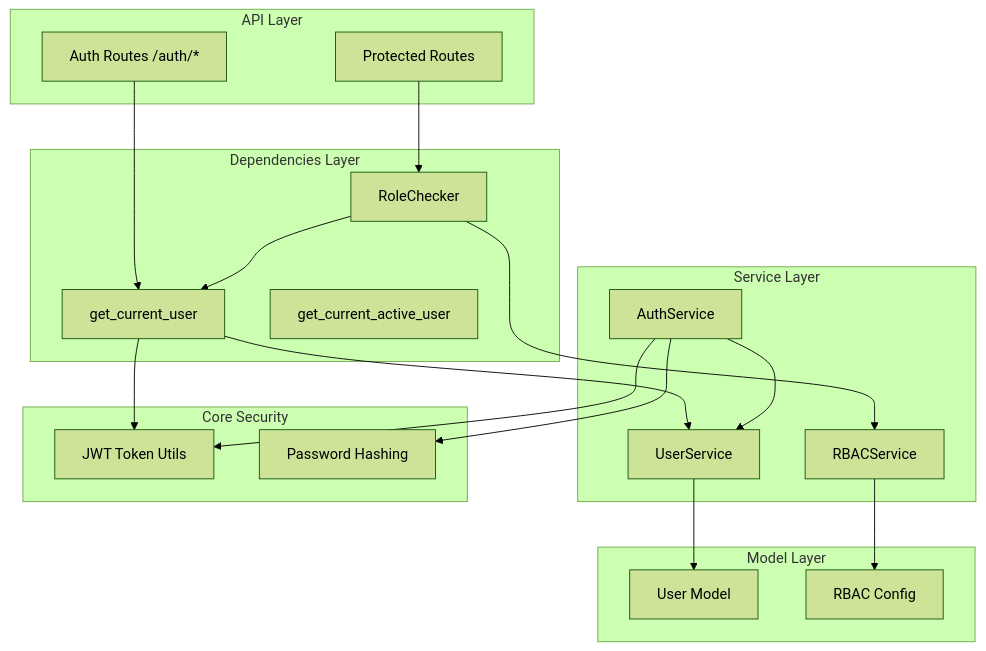
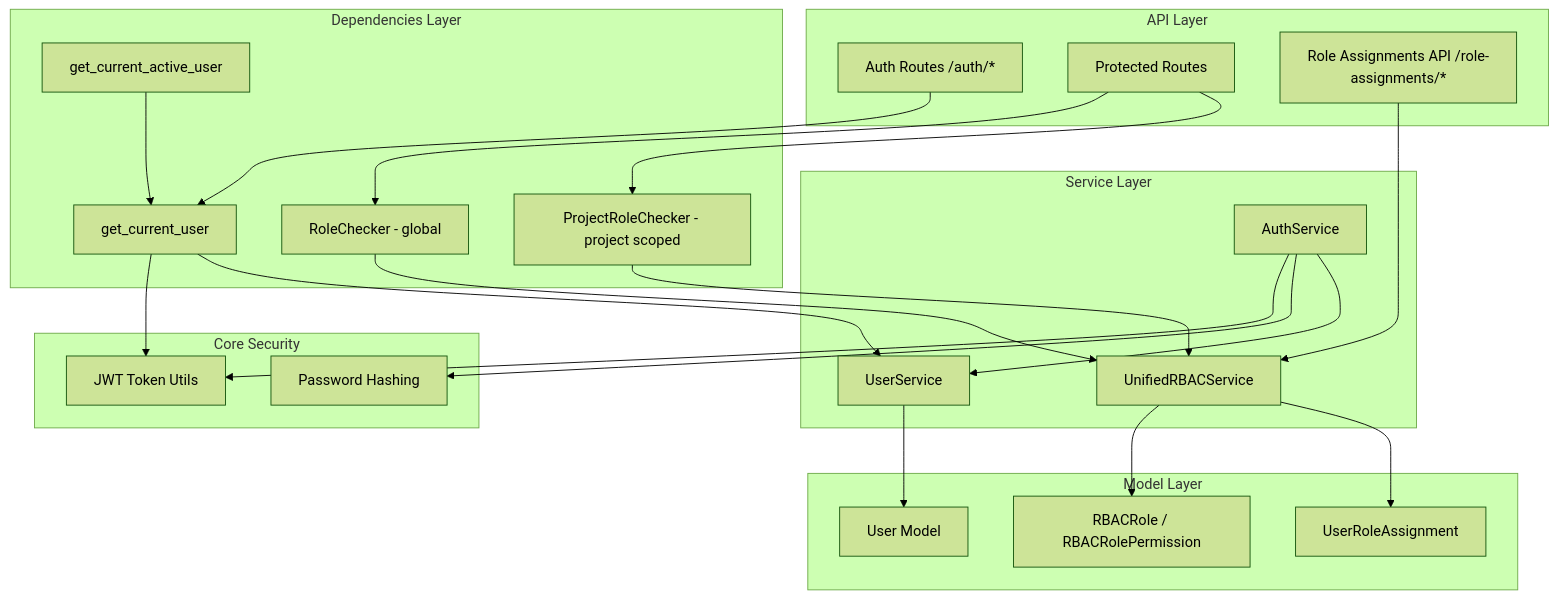
The first of 7 diagrams in docs/02-architecture/backend/contexts/auth/architecture.md (ogghst/backcast), drawn with Mermaid (forest theme) before and after one commit. The commit also changed other lines of this file and 158 other files, not shown here.

````diff
--- a/docs/02-architecture/backend/contexts/auth/architecture.md
+++ b/docs/02-architecture/backend/contexts/auth/architecture.md
@@ -26,41 +26,48 @@
 ```mermaid
 graph TB
     subgraph "API Layer"
         A[Auth Routes /auth/*]
         B[Protected Routes]
+        C[Role Assignments API /role-assignments/*]
     end
 
     subgraph "Dependencies Layer"
-        C[get_current_user]
-        D[get_current_active_user]
-        E[RoleChecker]
+        D[get_current_user]
+        E[get_current_active_user]
+        F[RoleChecker - global]
+        G[ProjectRoleChecker - project scoped]
     end
 
     subgraph "Service Layer"
-        F[AuthService]
-        G[UserService]
-        H[RBACService]
+        H[AuthService]
+        I[UserService]
+        J[UnifiedRBACService]
     end
 
     subgraph "Core Security"
-        I[JWT Token Utils]
-        J[Password Hashing]
+        K[JWT Token Utils]
+        L[Password Hashing]
     end
 
     subgraph "Model Layer"
-        K[User Model]
-        L[RBAC Config]
+        M[User Model]
+        N[UserRoleAssignment]
+        O[RBACRole / RBACRolePermission]
     end
 
-    A --> C
-    B --> E
-    E --> C
-    E --> H
-    C --> I
-    C --> G
-    F --> I
+    A --> D
+    B --> F
+    B --> G
     F --> J
-    F --> G
+    G --> J
+    C --> J
+    D --> K
+    D --> I
+    E --> D
+    H --> K
     H --> L
-    G --> K
+    H --> I
+    J --> O
+    J --> N
+    I --> M
 ```
````
